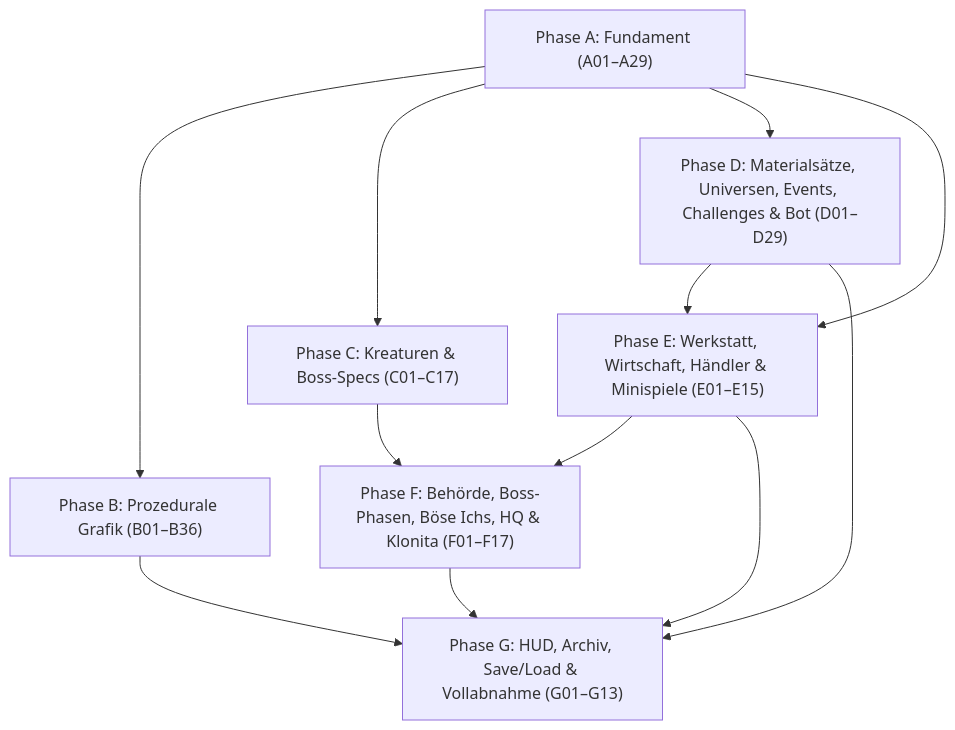
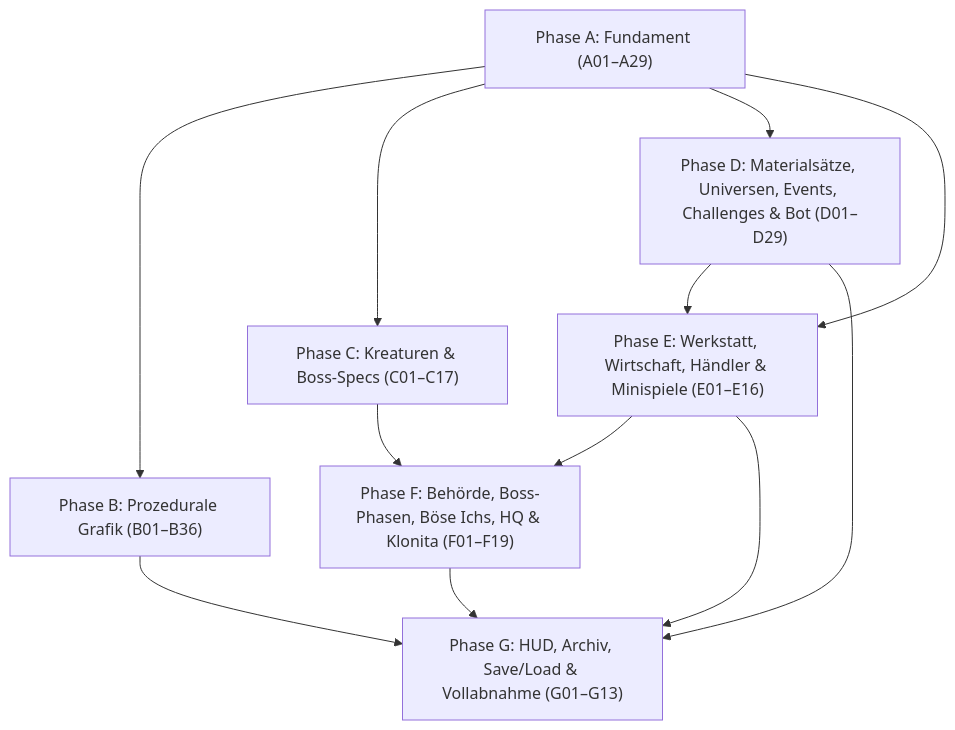
Before and after one commit to TGBox/py-noita-claude: the diagram in docs/plan/README.md, drawn with Mermaid. The commit also changed other lines of this file and 37 other files, not shown here.

````diff
--- a/docs/plan/README.md
+++ b/docs/plan/README.md
@@ -57,22 +57,22 @@
 ```mermaid
 flowchart TD
     A["Phase A: Fundament (A01–A29)"]
     B["Phase B: Prozedurale Grafik (B01–B36)"]
     C["Phase C: Kreaturen & Boss-Specs (C01–C17)"]
     D["Phase D: Materialsätze, Universen, Events, Challenges & Bot (D01–D29)"]
-    E["Phase E: Werkstatt, Wirtschaft, Händler & Minispiele (E01–E15)"]
-    F["Phase F: Behörde, Boss-Phasen, Böse Ichs, HQ & Klonita (F01–F17)"]
+    E["Phase E: Werkstatt, Wirtschaft, Händler & Minispiele (E01–E16)"]
+    F["Phase F: Behörde, Boss-Phasen, Böse Ichs, HQ & Klonita (F01–F19)"]
     G["Phase G: HUD, Archiv, Save/Load & Vollabnahme (G01–G13)"]
 
     A --> B
     A --> C
     A --> D
     A --> E
     C --> F
     D --> E
     E --> F
     B --> G
     D --> G
     E --> G
     F --> G
 ```
````
